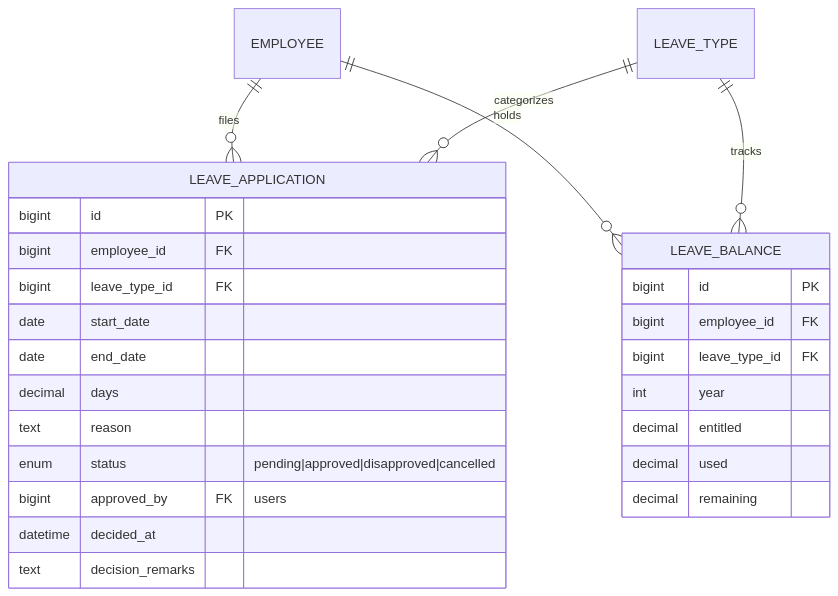
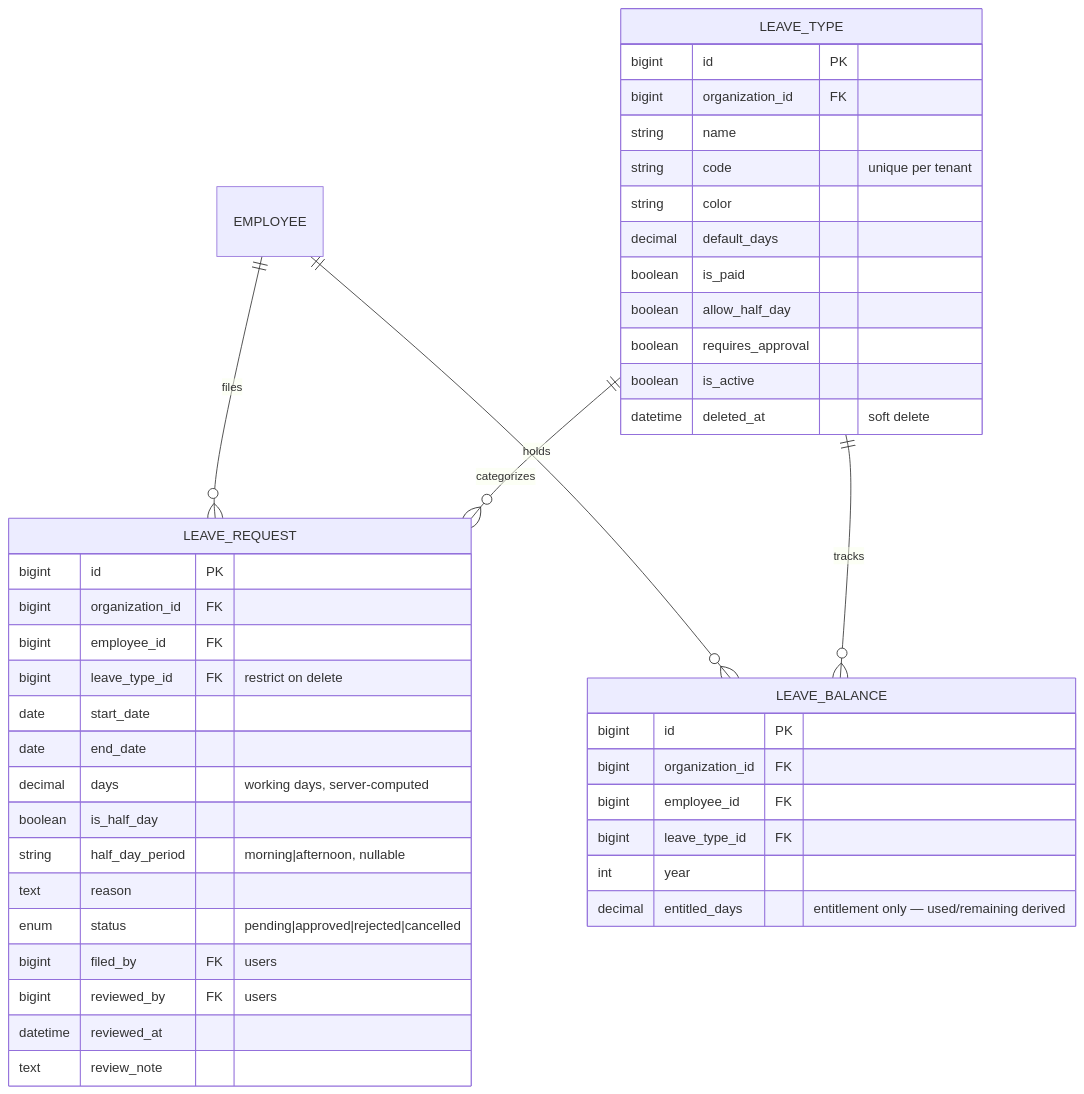
The sixth of 11 diagrams in docs/database/erd.md (earlkian8/synapse), drawn with Mermaid before and after one commit. The commit also changed other lines of this file and 60 other files, not shown here.

First line of the commit message:
feat: leave management module — approval inbox + derived balances

````diff
--- a/docs/database/erd.md
+++ b/docs/database/erd.md
@@ -467,30 +473,46 @@
 ```mermaid
 erDiagram
-    EMPLOYEE ||--o{ LEAVE_APPLICATION : files
-    LEAVE_TYPE ||--o{ LEAVE_APPLICATION : categorizes
+    EMPLOYEE ||--o{ LEAVE_REQUEST : files
+    LEAVE_TYPE ||--o{ LEAVE_REQUEST : categorizes
     EMPLOYEE ||--o{ LEAVE_BALANCE : holds
     LEAVE_TYPE ||--o{ LEAVE_BALANCE : tracks
 
-    LEAVE_APPLICATION {
+    LEAVE_TYPE {
         bigint id PK
+        bigint organization_id FK
+        string name
+        string code "unique per tenant"
+        string color
+        decimal default_days
+        boolean is_paid
+        boolean allow_half_day
+        boolean requires_approval
+        boolean is_active
+        datetime deleted_at "soft delete"
+    }
+    LEAVE_REQUEST {
+        bigint id PK
+        bigint organization_id FK
         bigint employee_id FK
-        bigint leave_type_id FK
+        bigint leave_type_id FK "restrict on delete"
         date start_date
         date end_date
-        decimal days
+        decimal days "working days, server-computed"
+        boolean is_half_day
+        string half_day_period "morning|afternoon, nullable"
         text reason
-        enum status "pending|approved|disapproved|cancelled"
-        bigint approved_by FK "users"
-        datetime decided_at
-        text decision_remarks
+        enum status "pending|approved|rejected|cancelled"
+        bigint filed_by FK "users"
+        bigint reviewed_by FK "users"
+        datetime reviewed_at
+        text review_note
     }
     LEAVE_BALANCE {
         bigint id PK
+        bigint organization_id FK
         bigint employee_id FK
         bigint leave_type_id FK
         int year
-        decimal entitled
-        decimal used
-        decimal remaining
+        decimal entitled_days "entitlement only — used/remaining derived"
     }
 ```
````
